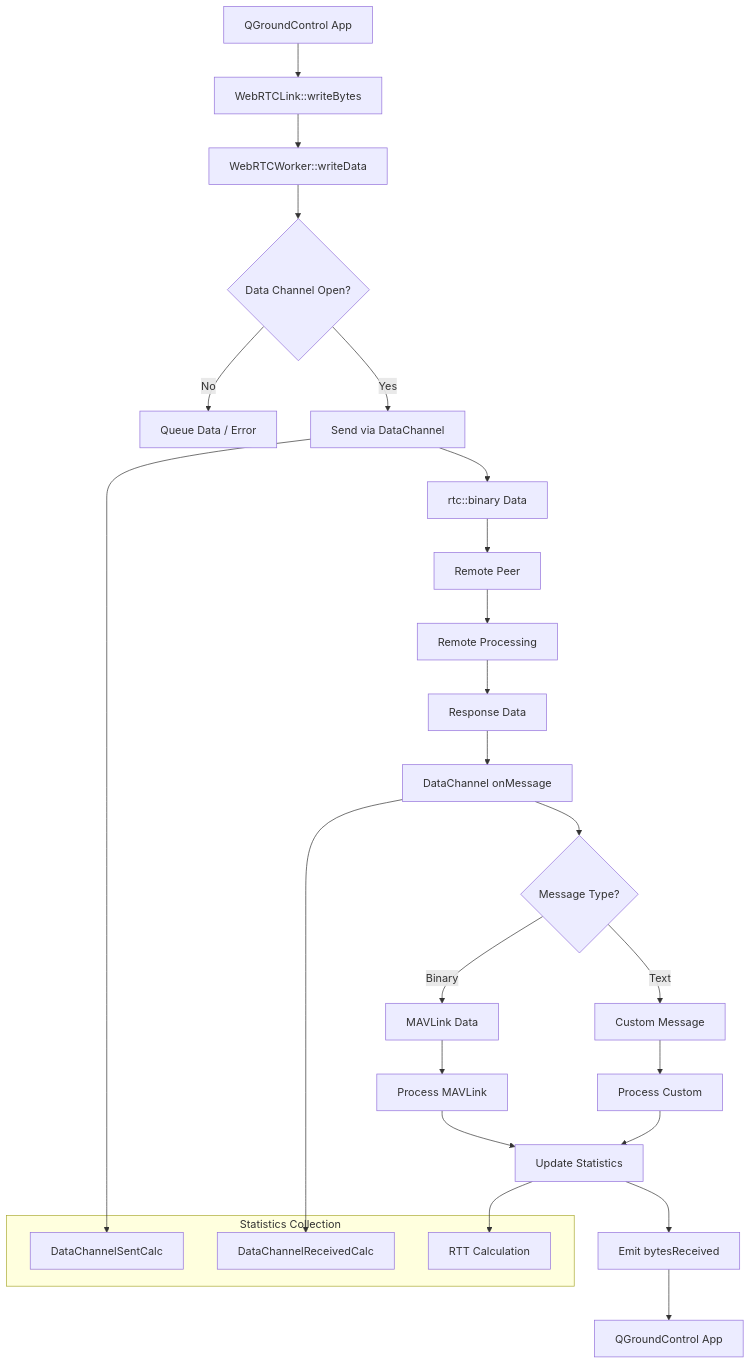
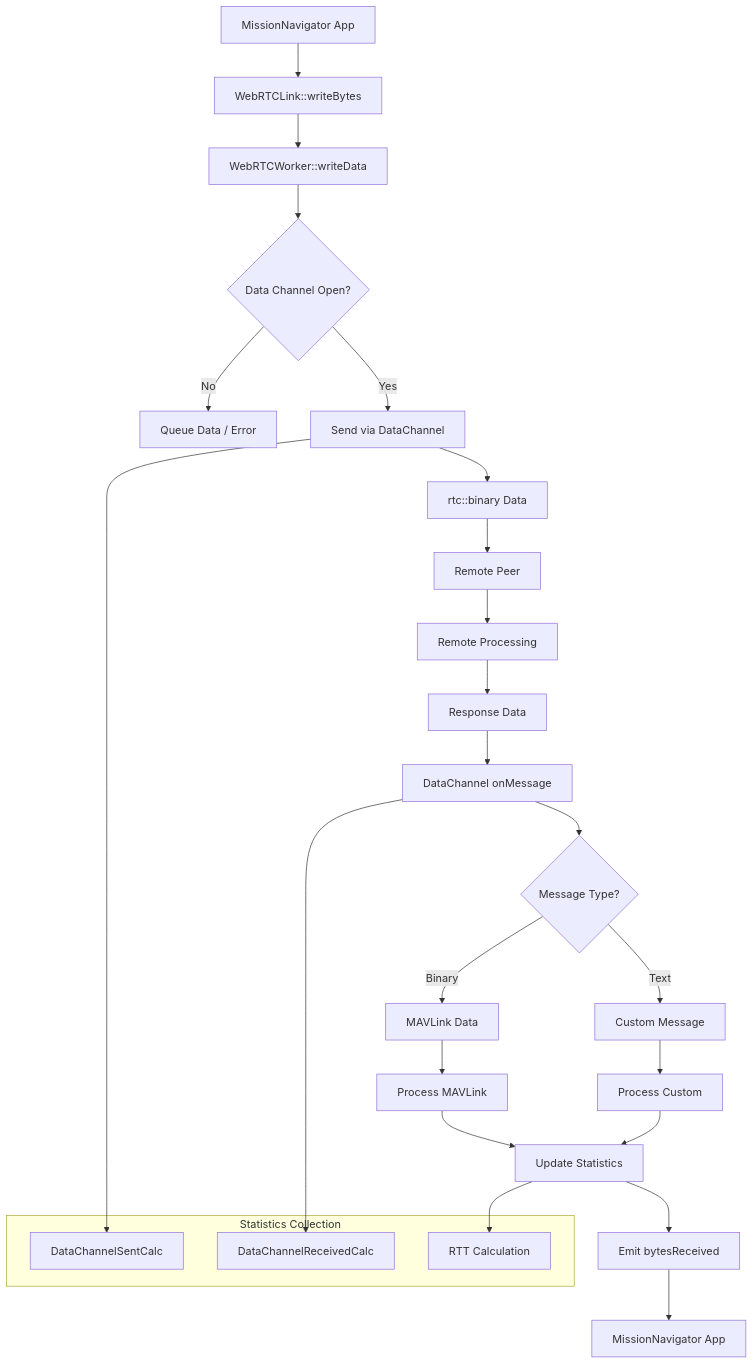
The fourth of 8 diagrams in WebRTC_Module_Logic_Diagram.md (hsgang/qgroundcontrol), drawn with Mermaid before and after one commit. The commit also changed other lines of this file and 2 other files, not shown here.

````diff
--- a/WebRTC_Module_Logic_Diagram.md
+++ b/WebRTC_Module_Logic_Diagram.md
@@ -230,39 +230,39 @@
 ```mermaid
 flowchart TD
-    A[QGroundControl App] --> B[WebRTCLink::writeBytes]
+    A[MissionNavigator App] --> B[WebRTCLink::writeBytes]
     B --> C[WebRTCWorker::writeData]
     
     C --> D{Data Channel Open?}
     D -->|No| E[Queue Data / Error]
     D -->|Yes| F[Send via DataChannel]
     
     F --> G[rtc::binary Data]
     G --> H[Remote Peer]
     
     H --> I[Remote Processing]
     I --> J[Response Data]
     J --> K[DataChannel onMessage]
     
     K --> L{Message Type?}
     L -->|Binary| M[MAVLink Data]
     L -->|Text| N[Custom Message]
     
     M --> O[Process MAVLink]
     N --> P[Process Custom]
     
     O --> Q[Update Statistics]
     P --> Q
     
     Q --> R[Emit bytesReceived]
-    R --> S[QGroundControl App]
+    R --> S[MissionNavigator App]
     
     subgraph "Statistics Collection"
         T[DataChannelSentCalc]
         U[DataChannelReceivedCalc]
         V[RTT Calculation]
     end
     
     F --> T
     K --> U
     Q --> V
 ```
````
